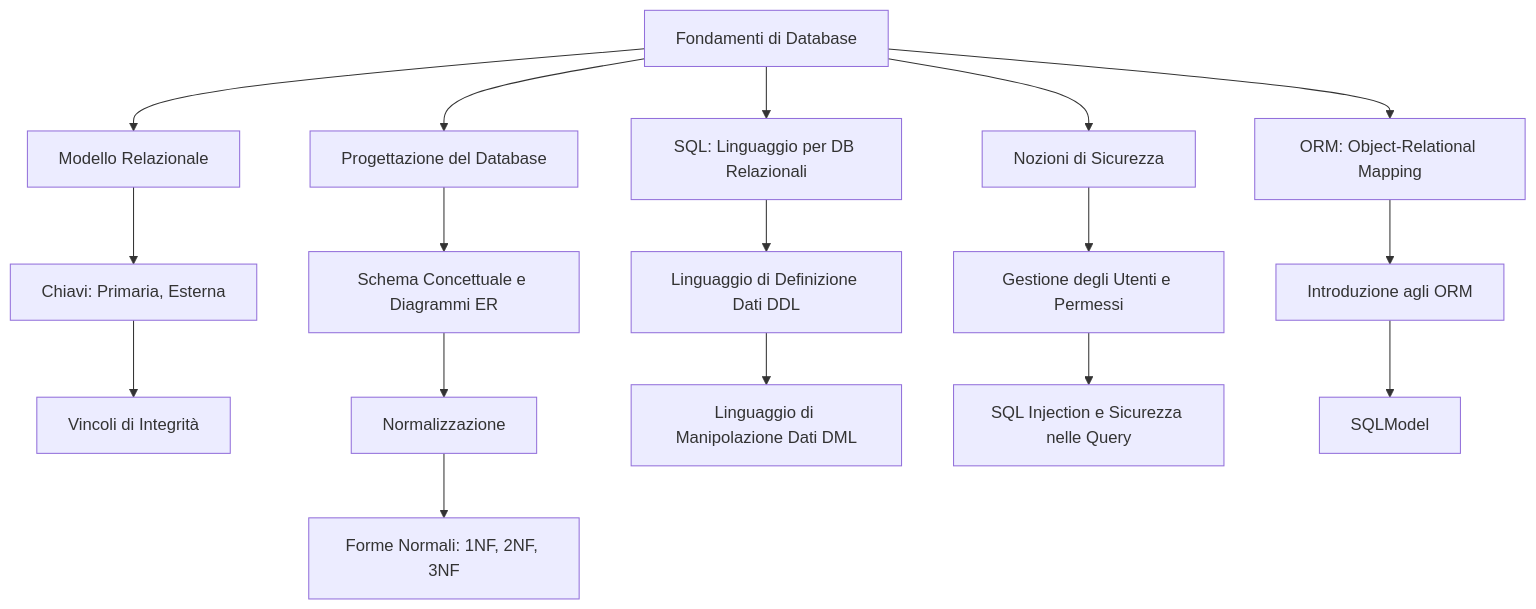
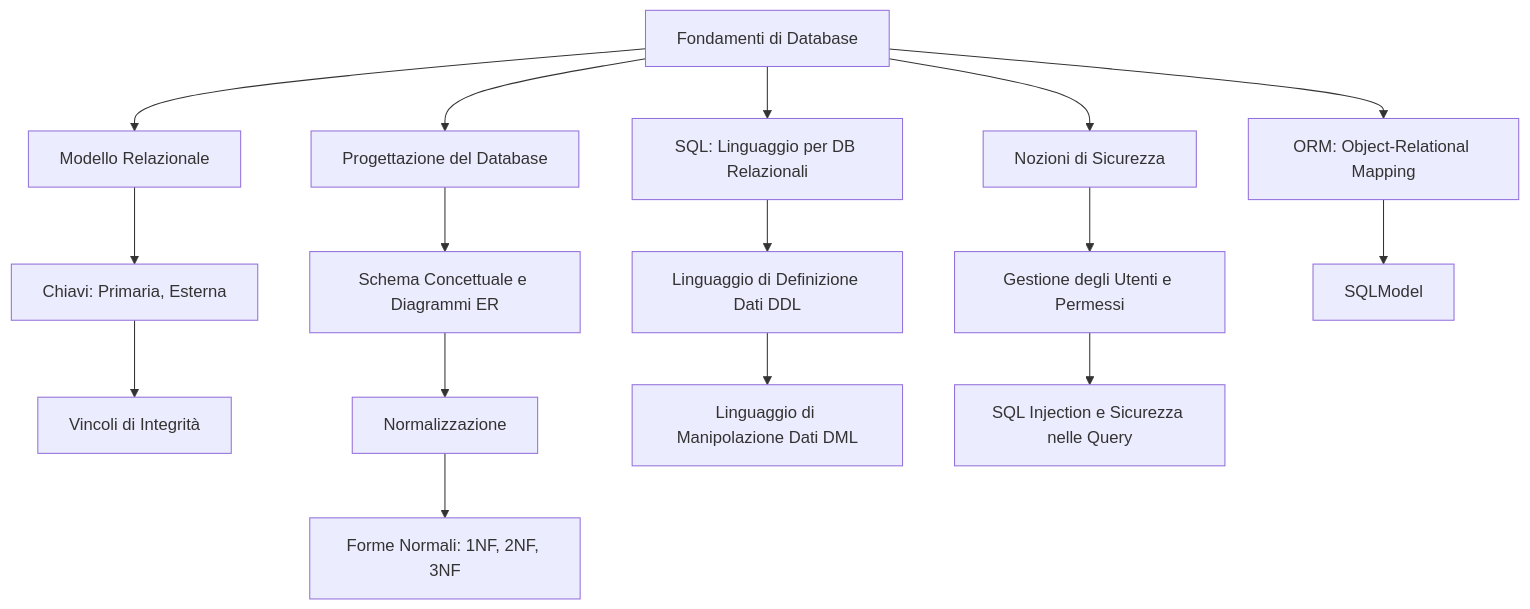
The diagram in percorso_db.md (angelogalantiscuola/IT), drawn with Mermaid before and after one commit. The commit also changed 20 other files, not shown here.

````diff
--- a/percorso_db.md
+++ b/percorso_db.md
@@ -3,24 +3,23 @@
 ```mermaid
 graph TD
     A[Fondamenti di Database]
     A --> C[Modello Relazionale]
     C --> D[Chiavi: Primaria, Esterna]
     D --> M[Vincoli di Integrità]
 
     A --> E[Progettazione del Database]
     E --> F[Schema Concettuale e Diagrammi ER]
     F --> G[Normalizzazione]
     G --> H[Forme Normali: 1NF, 2NF, 3NF]
 
     A --> J[SQL: Linguaggio per DB Relazionali]
     J --> K[Linguaggio di Definizione Dati DDL]
     K --> L[Linguaggio di Manipolazione Dati DML]
 
     A --> T[Nozioni di Sicurezza]
     T --> U[Gestione degli Utenti e Permessi]
     U --> V[SQL Injection e Sicurezza nelle Query]
 
     A --> W[ORM: Object-Relational Mapping]
-    W --> X[Introduzione agli ORM]
-    X --> Y[SQLModel]
+    W --> X[SQLModel]
 ```
````
